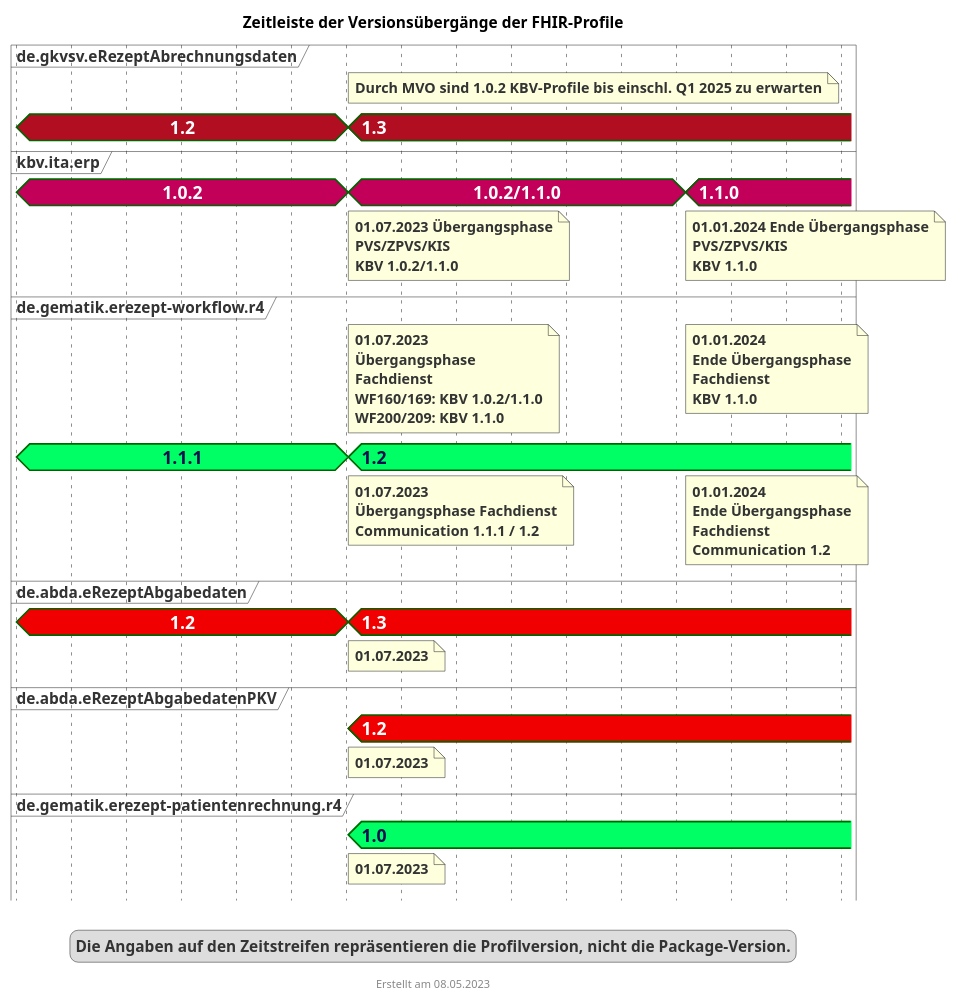
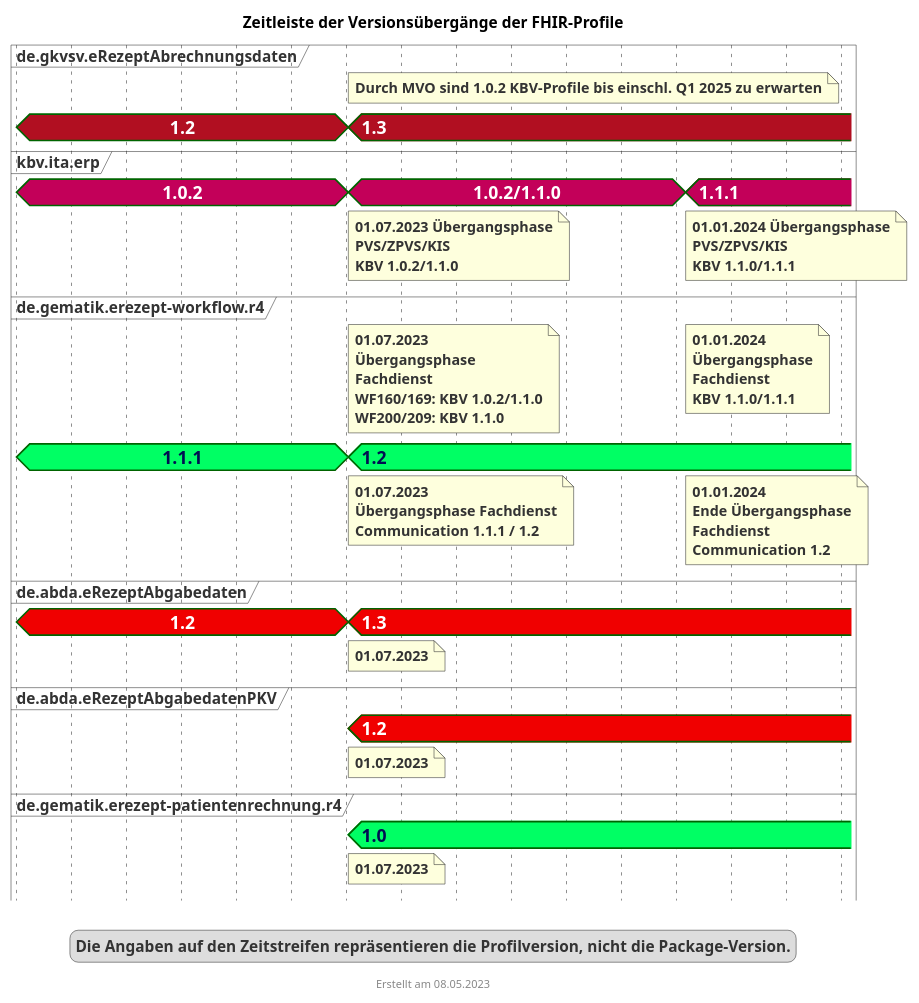
Before and after one commit to gematik/api-erp: the diagram in puml/fhir_version_timeline.puml, drawn with PlantUML. The commit also changed 1 other file, not shown here.

Commit message:
Update puml for kbv 1.1.1

```diff
--- a/puml/fhir_version_timeline.puml
+++ b/puml/fhir_version_timeline.puml
@@ -1,79 +1,79 @@
 @startuml fhir_version_timeline
 <style>
 timingDiagram {
   .kbvcolor {
     FontColor #ffffff
     Fontsize 16
     FontStyle bold
     Backgroundcolor #c30059
   }
   .gematikcolor {
     FontColor #000e52
     Fontsize 16
     FontStyle bold
     Backgroundcolor #00ff64
   }
   .davcolor {
     FontColor #ffffff
     Fontsize 16
     FontStyle bold
     BackgroundColor #f00000
   }
   .gkvcolor {
     FontColor #ffffff
     Fontsize 16
     FontStyle bold
     BackgroundColor #b10f21
   }
 }
 </style>
 title Zeitleiste der Versionsübergänge der FHIR-Profile
 footer Erstellt am 08.05.2023
 
 
 concise "de.gkvsv.eRezeptAbrechnungsdaten" as GKV <<gkvcolor>>
 concise "kbv.ita.erp" as KBV <<kbvcolor>>
 concise "de.gematik.erezept-workflow.r4" as gematik <<gematikcolor>>
 concise "de.abda.eRezeptAbgabedaten" as DAV <<davcolor>>
 concise "de.abda.eRezeptAbgabedatenPKV" as PKV <<davcolor>>
 concise "de.gematik.erezept-patientenrechnung.r4" as gematikpkv <<gematikcolor>>
 
 
 '30 days is scaled to 50 pixels
 scale 2592000 as 50 pixels
 hide time-axis
 
 @2023/01/01
 GKV is 1.2
 KBV is 1.0.2
 DAV is 1.2
 gematik is 1.1.1
 
 @2023/07/01
 note bottom of KBV : 01.07.2023 Übergangsphase\nPVS/ZPVS/KIS\nKBV 1.0.2/1.1.0
 note bottom of PKV : 01.07.2023
 note top of gematik : 01.07.2023\nÜbergangsphase\nFachdienst\nWF160/169: KBV 1.0.2/1.1.0\nWF200/209: KBV 1.1.0
 note bottom of gematik : 01.07.2023\nÜbergangsphase Fachdienst\nCommunication 1.1.1 / 1.2
 note bottom of gematikpkv : 01.07.2023
 note bottom of DAV : 01.07.2023
 note top of GKV : Durch MVO sind 1.0.2 KBV-Profile bis einschl. Q1 2025 zu erwarten
 KBV is "1.0.2/1.1.0"
 gematik is 1.2
 gematikpkv is 1.0
 DAV is 1.3
 PKV is 1.2
 GKV is 1.3
 
 @2024/01/01
-note bottom of KBV : 01.01.2024 Ende Übergangsphase\nPVS/ZPVS/KIS\nKBV 1.1.0
-note top of gematik : 01.01.2024\nEnde Übergangsphase\nFachdienst\nKBV 1.1.0
+note bottom of KBV : 01.01.2024 Übergangsphase\nPVS/ZPVS/KIS\nKBV 1.1.0/1.1.1
+note top of gematik : 01.01.2024\nÜbergangsphase\nFachdienst\nKBV 1.1.0/1.1.1
 note bottom of gematik : 01.01.2024\nEnde Übergangsphase\nFachdienst\nCommunication 1.2
-KBV is 1.1.0
+KBV is 1.1.1
 
 @2024/03/01
 
 legend
 Die Angaben auf den Zeitstreifen repräsentieren die Profilversion, nicht die Package-Version.
 end legend
 
 @enduml
```
